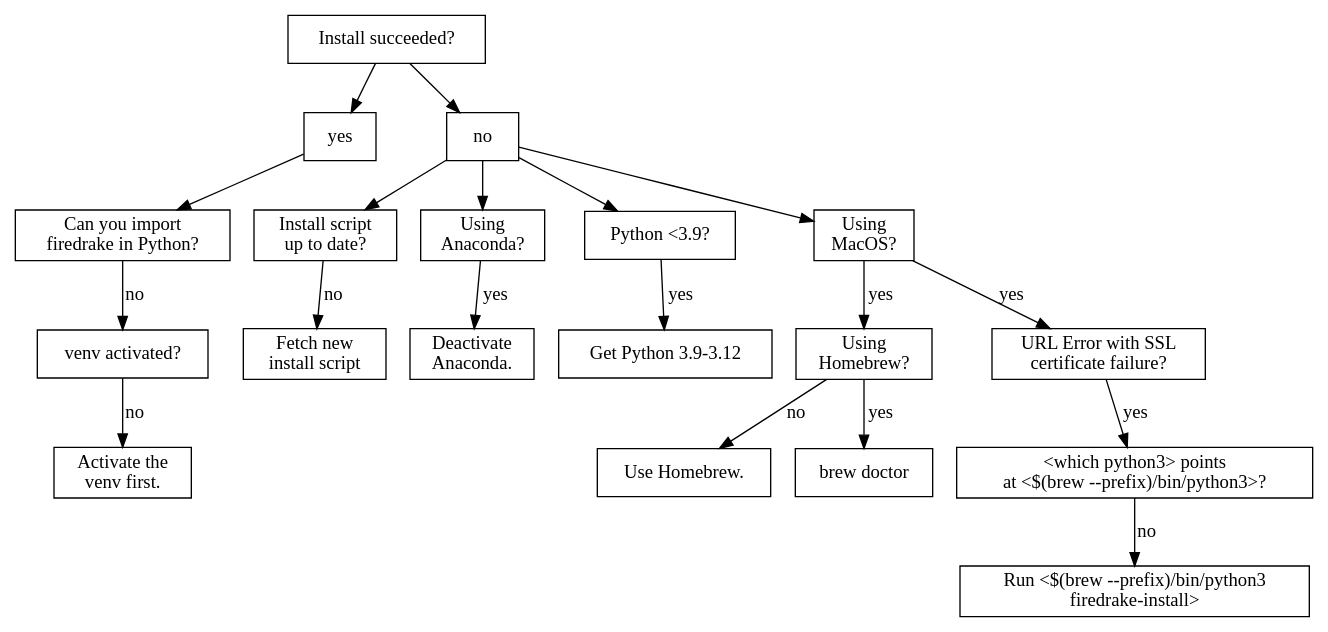
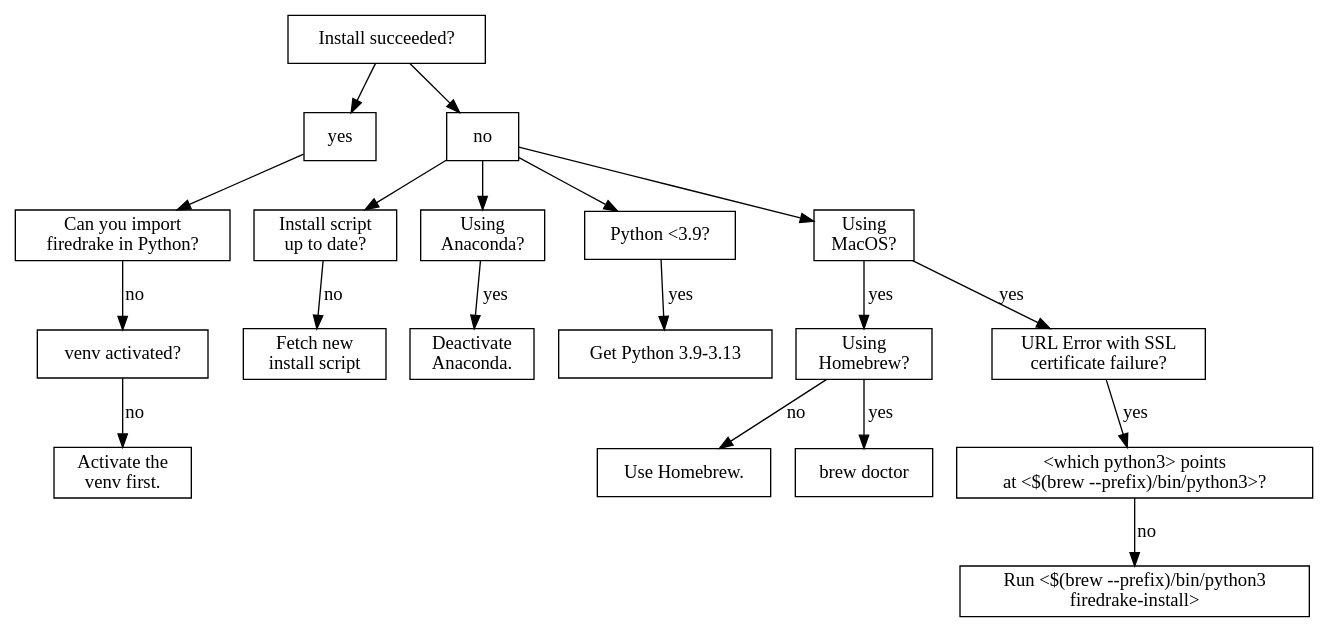
One commit to firedrakeproject/firedrake changed the diagram in docs/source/install-debug.dot. Above: the diagram before and after it, drawn with Graphviz. The commit also changed 1 other file, not shown here.

```diff
--- a/docs/source/install-debug.dot
+++ b/docs/source/install-debug.dot
@@ -1,41 +1,41 @@
 digraph triage {
     node [shape=rect];
 
     can_install [label="Install succeeded?"];
     install_succeeded [label="yes"];
     install_failed [label="no"];
     can_import [label="Can you import\nfiredrake in Python?"];
     venv_activated [label="venv activated?"];
     install_script_up_to_date [label="Install script\nup to date?"];
     using_anaconda [label="Using\nAnaconda?"];
     python_version [label="Python <3.9?"];
     using_macos [label="Using\nMacOS?"];
     using_homebrew [label="Using\nHomebrew?"];
     url_error [label="URL Error with SSL\ncertificate failure?"];
     which_python [label="<which python3> points\nat <$(brew --prefix)/bin/python3>?"];
 
     activate_venv [label="Activate the\nvenv first."];
     uninstall_anaconda [label="Deactivate\nAnaconda."];
-    update_python [label="Get Python 3.9-3.12"];
+    update_python [label="Get Python 3.9-3.13"];
     update_install_script [label="Fetch new\ninstall script"];
     get_homebrew [label="Use Homebrew."];
     brew_doctor [label="brew doctor"];
     explicit_path [label="Run <$(brew --prefix)/bin/python3\n firedrake-install>"];
 
     can_install -> install_succeeded;
     install_succeeded -> can_import;
     can_import -> venv_activated [label="no"];
     venv_activated -> activate_venv [label="no"];
 
     can_install -> install_failed;
     install_failed -> {install_script_up_to_date, using_anaconda, python_version, using_macos};
     install_script_up_to_date -> update_install_script [label="no"];
     python_version -> update_python [label="yes"];
     using_anaconda -> uninstall_anaconda [label="yes"];
     using_macos -> using_homebrew [label="yes"];
     using_homebrew -> get_homebrew [label="no"];
     using_homebrew -> brew_doctor [label="yes"];
     using_macos -> url_error [label="yes"];
     url_error -> which_python [label="yes"];
     which_python -> explicit_path [label="no"];
 }
```
